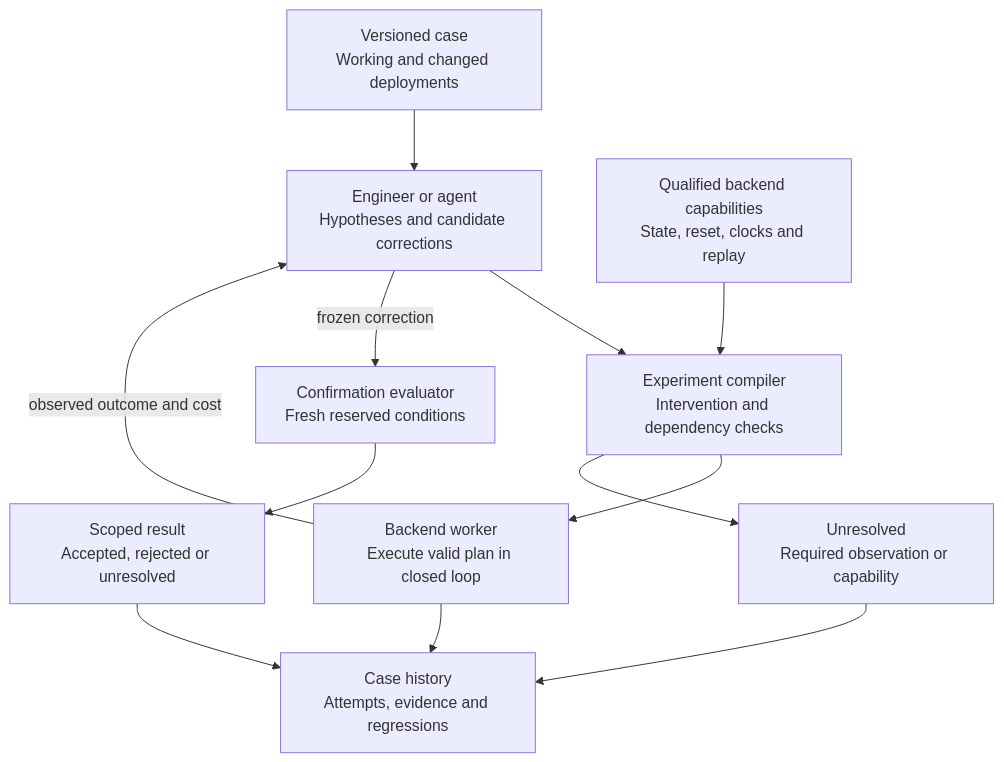
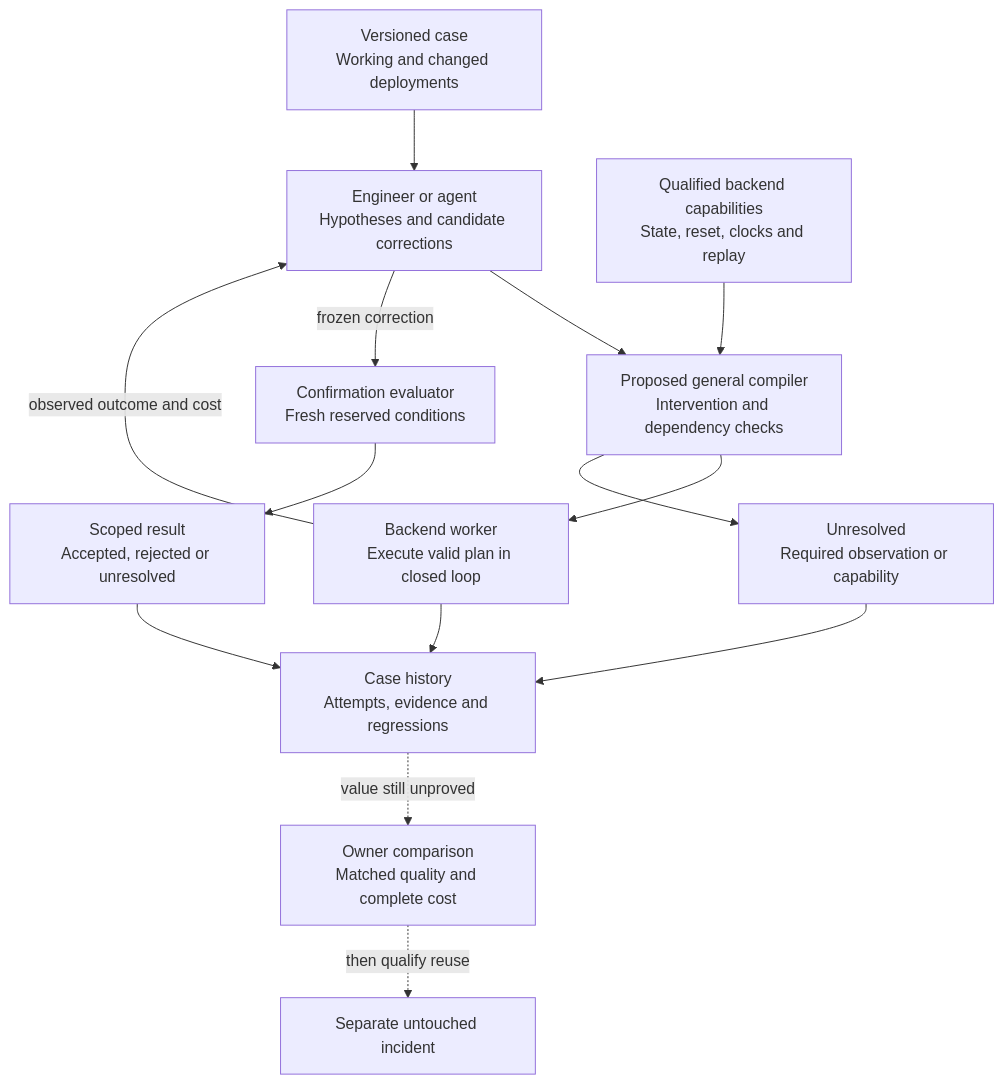
One commit to manfromnowhere143/nisayon changed the second of 5 diagrams in docs/ARCHITECTURE.md. Above: the diagram before and after it, drawn with Mermaid. The commit also changed other lines of this file and 962 other files, not shown here.

````diff
--- a/docs/ARCHITECTURE.md
+++ b/docs/ARCHITECTURE.md
@@ -65,16 +169,18 @@
 ```mermaid
 flowchart TB
     accTitle: Proposed Nisayon architecture
-    accDescr: A proposed compiler checks interventions before a worker executes them. A separate confirmation evaluator assesses frozen corrections. Attempts, outcomes and unresolved questions enter case history. Some components remain proposed.
+    accDescr: The general architecture is proposed. Existing bounded adapters, confirmation and case records provide its foundation. A proposed general compiler checks intervention dependencies before a worker executes them. Every result includes uncertainty and cost; an owner comparison and separate repeat-use case must justify expansion.
     I[Versioned case<br/>Working and changed deployments] --> A[Engineer or agent<br/>Hypotheses and candidate corrections]
     Q[Qualified backend capabilities<br/>State, reset, clocks and replay] --> C
-    A --> C[Experiment compiler<br/>Intervention and dependency checks]
+    A --> C[Proposed general compiler<br/>Intervention and dependency checks]
     C --> W[Backend worker<br/>Execute valid plan in closed loop]
     C --> U[Unresolved<br/>Required observation or capability]
     W -->|observed outcome and cost| A
     A -->|frozen correction| F[Confirmation evaluator<br/>Fresh reserved conditions]
     F --> R[Scoped result<br/>Accepted, rejected or unresolved]
     W --> H[Case history<br/>Attempts, evidence and regressions]
     R --> H
     U --> H
+    H -. "value still unproved" .-> V[Owner comparison<br/>Matched quality and complete cost]
+    V -. "then qualify reuse" .-> N[Separate untouched incident]
 ```
````
